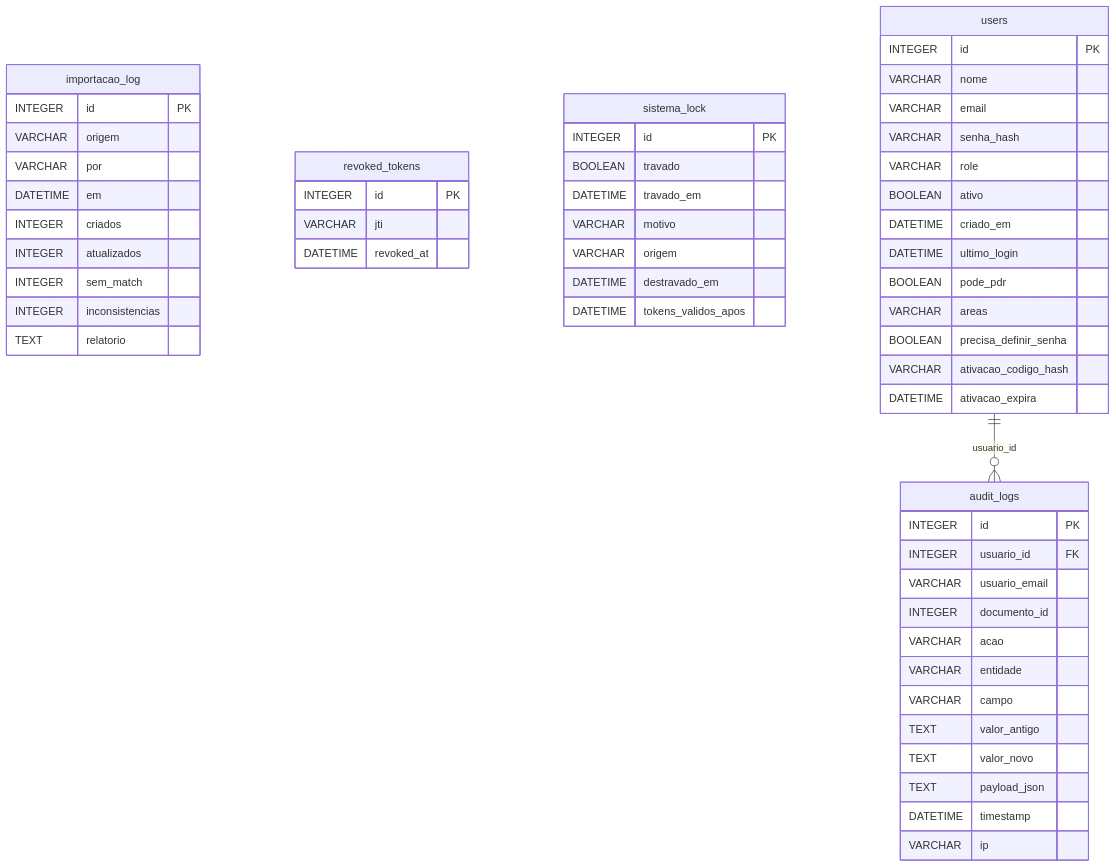
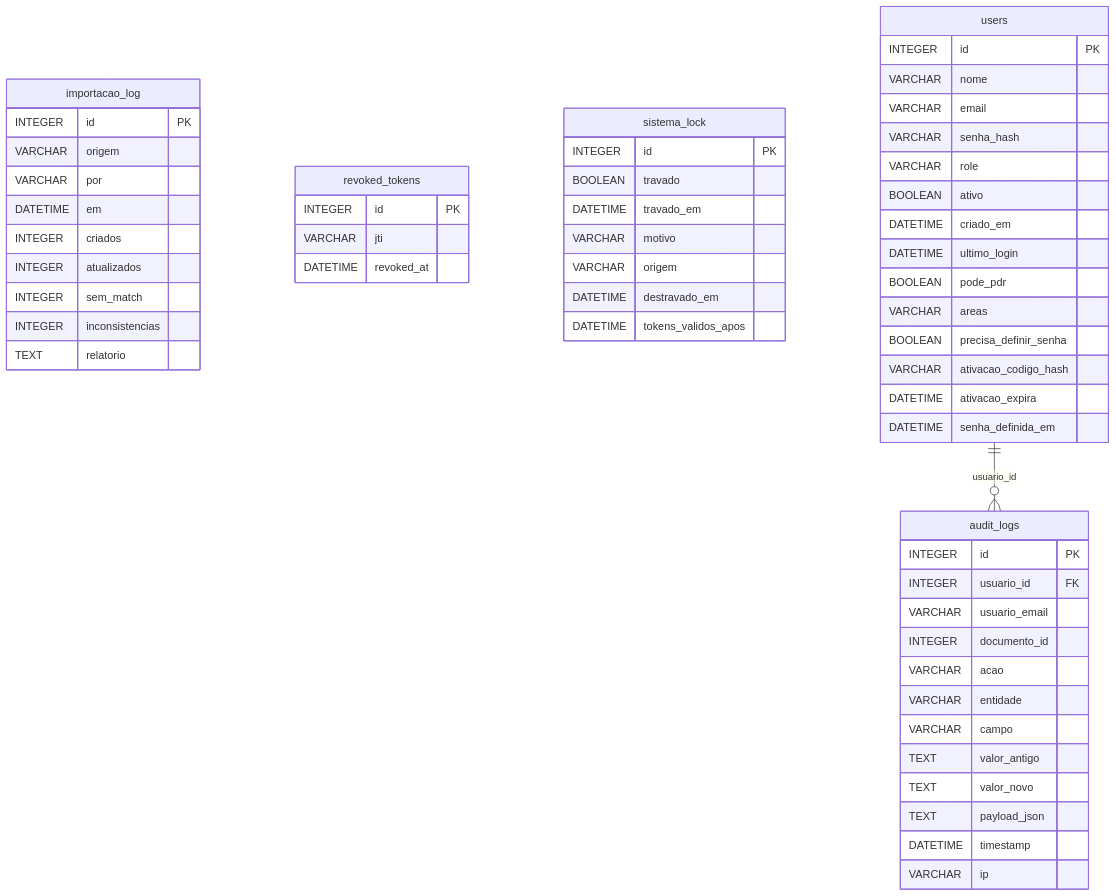
Before and after one commit to Melkbonfa/doctrack: the first of 11 diagrams in docs/referencia/dados.md, drawn with Mermaid. The commit also changed other lines of this file and 47 other files, not shown here.

````diff
--- a/docs/referencia/dados.md
+++ b/docs/referencia/dados.md
@@ -33,58 +33,59 @@
 ```mermaid
 erDiagram
     audit_logs {
         INTEGER id PK
         INTEGER usuario_id FK
         VARCHAR usuario_email
         INTEGER documento_id
         VARCHAR acao
         VARCHAR entidade
         VARCHAR campo
         TEXT valor_antigo
         TEXT valor_novo
         TEXT payload_json
         DATETIME timestamp
         VARCHAR ip
     }
     importacao_log {
         INTEGER id PK
         VARCHAR origem
         VARCHAR por
         DATETIME em
         INTEGER criados
         INTEGER atualizados
         INTEGER sem_match
         INTEGER inconsistencias
         TEXT relatorio
     }
     revoked_tokens {
         INTEGER id PK
         VARCHAR jti
         DATETIME revoked_at
     }
     sistema_lock {
         INTEGER id PK
         BOOLEAN travado
         DATETIME travado_em
         VARCHAR motivo
         VARCHAR origem
         DATETIME destravado_em
         DATETIME tokens_validos_apos
     }
     users {
         INTEGER id PK
         VARCHAR nome
         VARCHAR email
         VARCHAR senha_hash
         VARCHAR role
         BOOLEAN ativo
         DATETIME criado_em
         DATETIME ultimo_login
         BOOLEAN pode_pdr
         VARCHAR areas
         BOOLEAN precisa_definir_senha
         VARCHAR ativacao_codigo_hash
         DATETIME ativacao_expira
+        DATETIME senha_definida_em
     }
     users ||--o{ audit_logs : "usuario_id"
 ```
````
